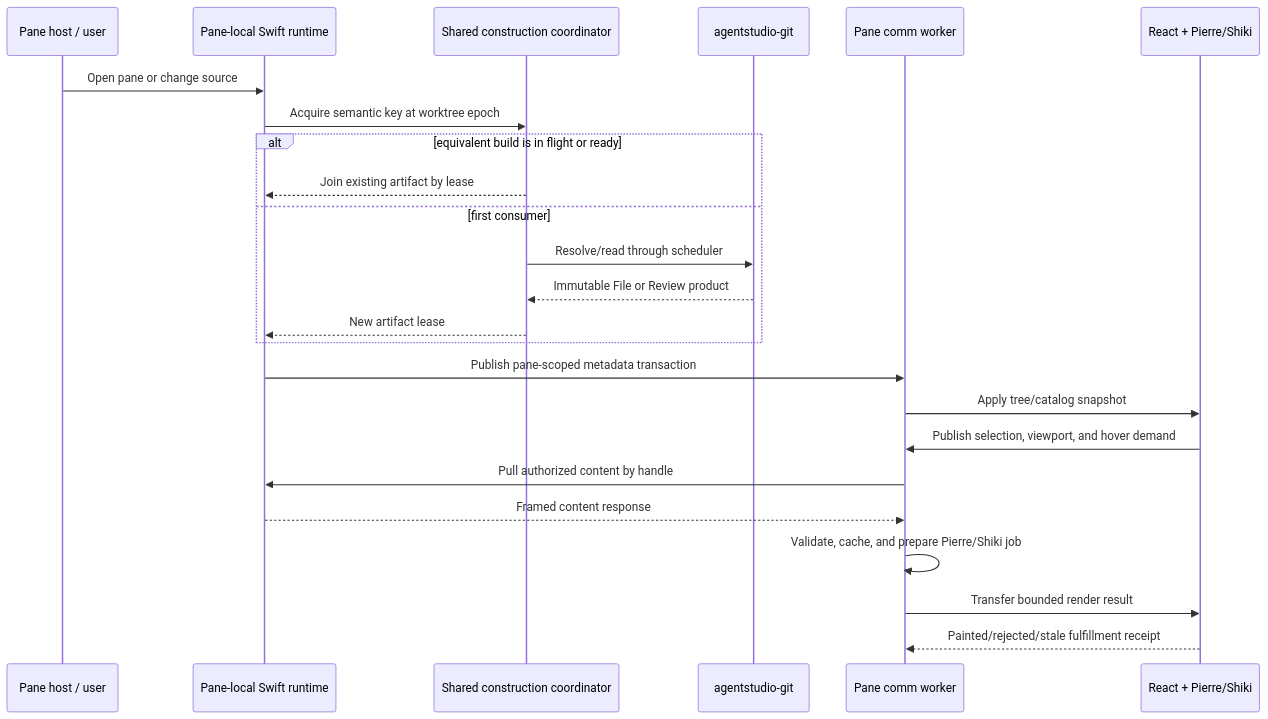
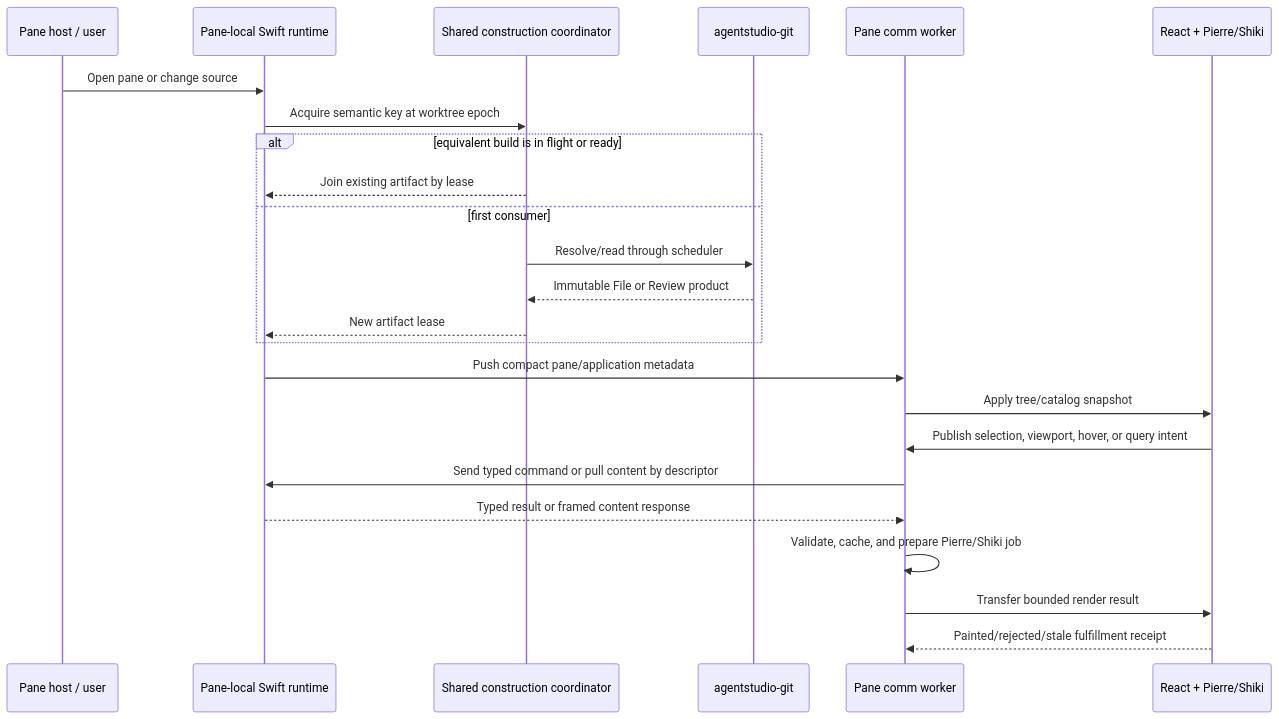
One commit to ShravanSunder/agentstudio changed the third of 4 diagrams in docs/architecture/bridge_viewer_architecture.md. Above: the diagram before and after it, drawn with Mermaid. The commit also changed other lines of this file and 7 other files, not shown here.

````diff
--- a/docs/architecture/bridge_viewer_architecture.md
+++ b/docs/architecture/bridge_viewer_architecture.md
@@ -94,27 +96,27 @@
 ```mermaid
 sequenceDiagram
     participant UI as Pane host / user
     participant Native as Pane-local Swift runtime
     participant Shared as Shared construction coordinator
     participant Git as agentstudio-git
     participant Worker as Pane comm worker
     participant Render as React + Pierre/Shiki
 
     UI->>Native: Open pane or change source
     Native->>Shared: Acquire semantic key at worktree epoch
     alt equivalent build is in flight or ready
         Shared-->>Native: Join existing artifact by lease
     else first consumer
         Shared->>Git: Resolve/read through scheduler
         Git-->>Shared: Immutable File or Review product
         Shared-->>Native: New artifact lease
     end
-    Native->>Worker: Publish pane-scoped metadata transaction
+    Native->>Worker: Push compact pane/application metadata
     Worker->>Render: Apply tree/catalog snapshot
-    Render->>Worker: Publish selection, viewport, and hover demand
-    Worker->>Native: Pull authorized content by handle
-    Native-->>Worker: Framed content response
+    Render->>Worker: Publish selection, viewport, hover, or query intent
+    Worker->>Native: Send typed command or pull content by descriptor
+    Native-->>Worker: Typed result or framed content response
     Worker->>Worker: Validate, cache, and prepare Pierre/Shiki job
     Worker->>Render: Transfer bounded render result
     Render-->>Worker: Painted/rejected/stale fulfillment receipt
 ```
````
